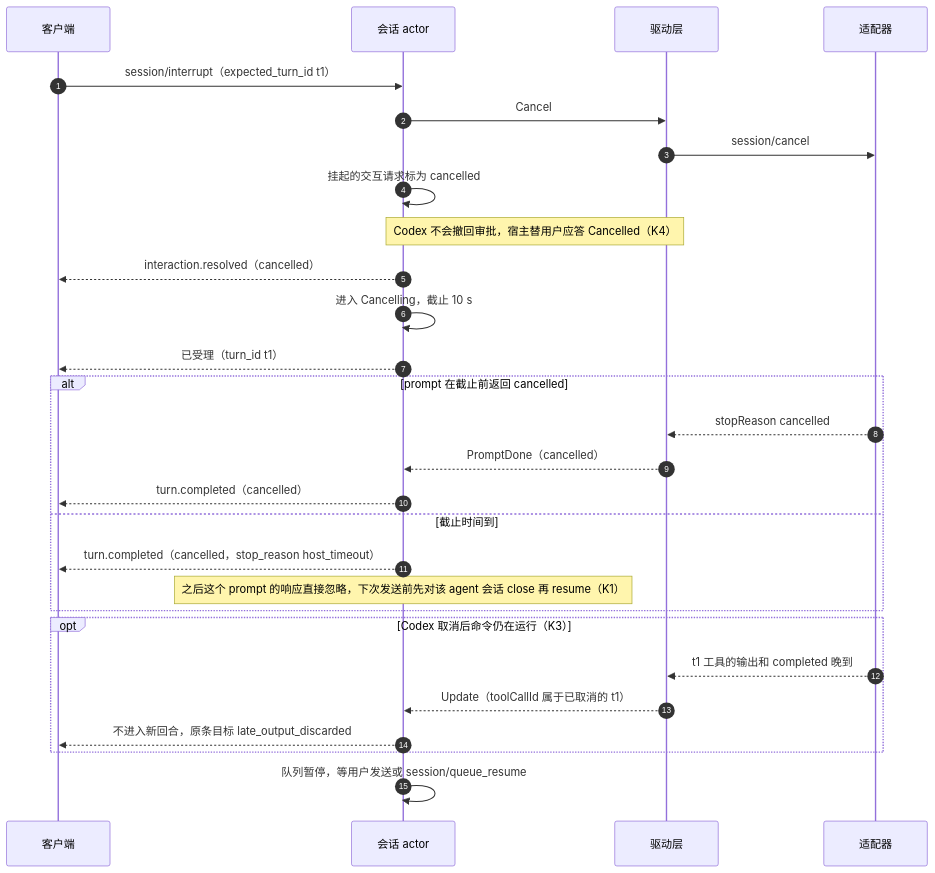
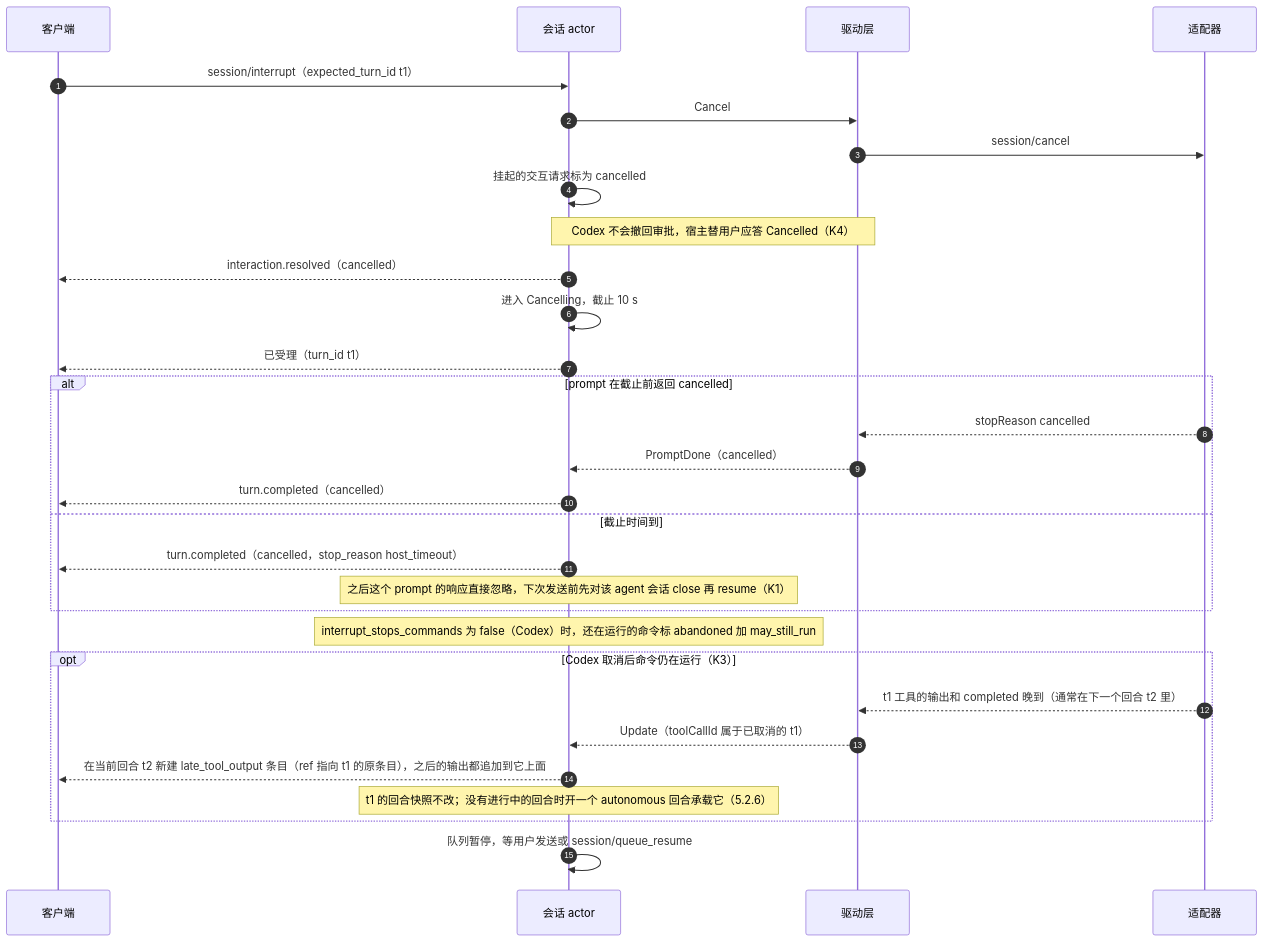
Before and after one commit to boris-w/cupper: the fifth of 11 diagrams in docs/design/05-flows.md, drawn with Mermaid. The commit also changed other lines of this file and 4 other files, not shown here.

````diff
--- a/docs/design/05-flows.md
+++ b/docs/design/05-flows.md
@@ -181,30 +181,32 @@
 ```mermaid
 sequenceDiagram
   autonumber
   participant R as 客户端
   participant S as 会话 actor
   participant A as 驱动层
   participant AD as 适配器
   R->>S: session/interrupt（expected_turn_id t1）
   S->>A: Cancel
   A->>AD: session/cancel
   S->>S: 挂起的交互请求标为 cancelled
   Note over S,A: Codex 不会撤回审批，宿主替用户应答 Cancelled（K4）
   S-->>R: interaction.resolved（cancelled）
   S->>S: 进入 Cancelling，截止 10 s
   S-->>R: 已受理（turn_id t1）
   alt prompt 在截止前返回 cancelled
     AD-->>A: stopReason cancelled
     A-->>S: PromptDone（cancelled）
     S-->>R: turn.completed（cancelled）
   else 截止时间到
     S-->>R: turn.completed（cancelled，stop_reason host_timeout）
     Note over S: 之后这个 prompt 的响应直接忽略，下次发送前先对该 agent 会话 close 再 resume（K1）
   end
+  Note over S: interrupt_stops_commands 为 false（Codex）时，还在运行的命令标 abandoned 加 may_still_run
   opt Codex 取消后命令仍在运行（K3）
-    AD-->>A: t1 工具的输出和 completed 晚到
+    AD-->>A: t1 工具的输出和 completed 晚到（通常在下一个回合 t2 里）
     A-->>S: Update（toolCallId 属于已取消的 t1）
-    S-->>R: 不进入新回合，原条目标 late_output_discarded
+    S-->>R: 在当前回合 t2 新建 late_tool_output 条目（ref 指向 t1 的原条目），之后的输出都追加到它上面
+    Note over S: t1 的回合快照不改；没有进行中的回合时开一个 autonomous 回合承载它（5.2.6）
   end
   S->>S: 队列暂停，等用户发送或 session/queue_resume
 ```
````
